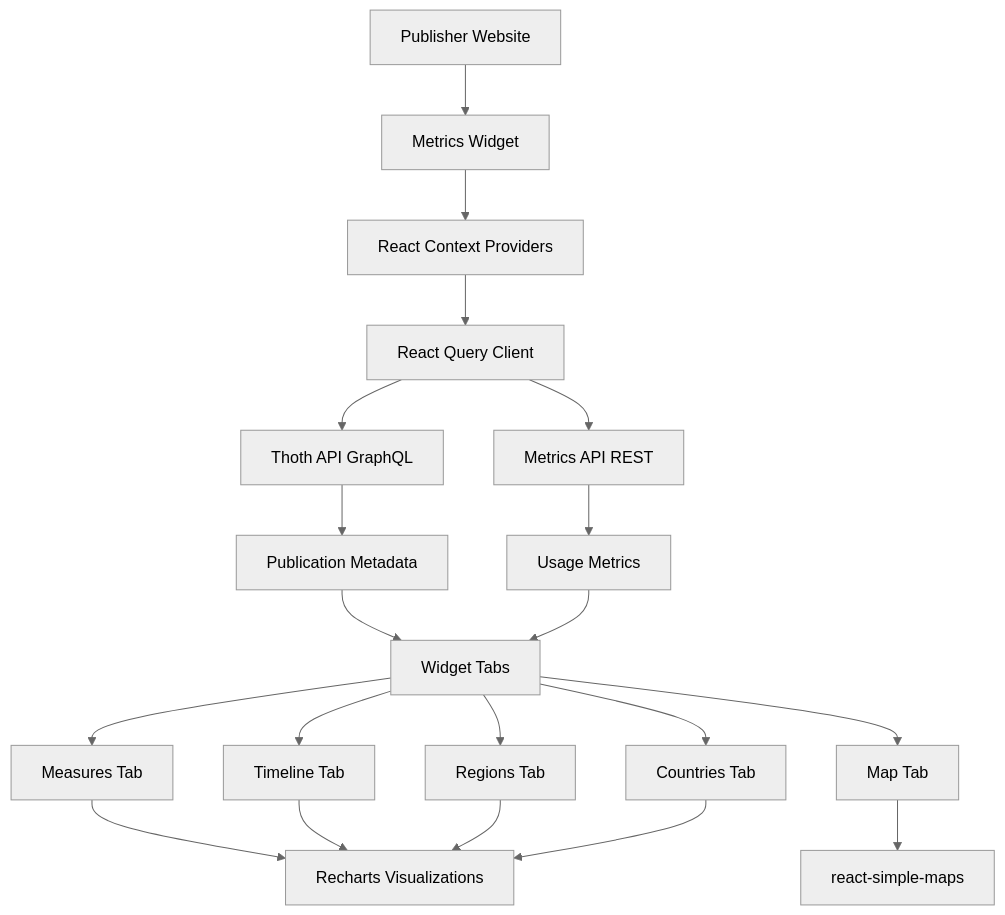
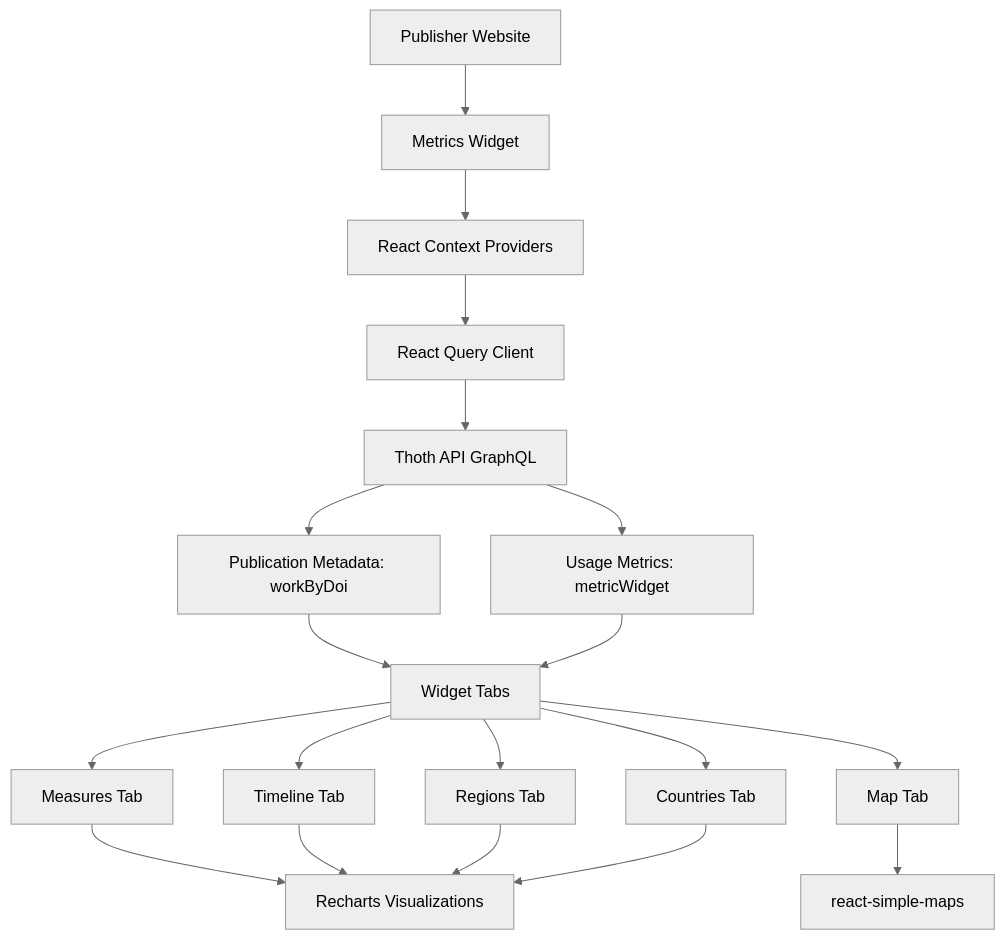
The diagram in README.md (thoth-pub/metrics-widget), drawn with Mermaid (neutral theme) before and after one commit. The commit also changed other lines of this file, not shown here.

First line of the commit message:
Document the Thoth metricWidget data source in the README

````diff
--- a/README.md
+++ b/README.md
@@ -450,27 +456,26 @@
 ```mermaid
 graph TB
     Publisher[Publisher Website] --> Widget[Metrics Widget]
     Widget --> Providers[React Context Providers]
     
     Providers --> Query[React Query Client]
     Query --> ThothAPI[Thoth API GraphQL]
-    Query --> MetricsAPI[Metrics API REST]
     
-    ThothAPI --> MetaData[Publication Metadata]
-    MetricsAPI --> MetricsData[Usage Metrics]
+    ThothAPI --> MetaData[Publication Metadata: workByDoi]
+    ThothAPI --> MetricsData[Usage Metrics: metricWidget]
     
     MetaData --> Tabs[Widget Tabs]
     MetricsData --> Tabs
     
     Tabs --> Measures[Measures Tab]
     Tabs --> Timeline[Timeline Tab]
     Tabs --> Map[Map Tab]
     Tabs --> Regions[Regions Tab]
     Tabs --> Countries[Countries Tab]
     
     Measures --> Charts[Recharts Visualizations]
     Timeline --> Charts
     Map --> MapLib[react-simple-maps]
     Regions --> Charts
     Countries --> Charts
 ```
````
